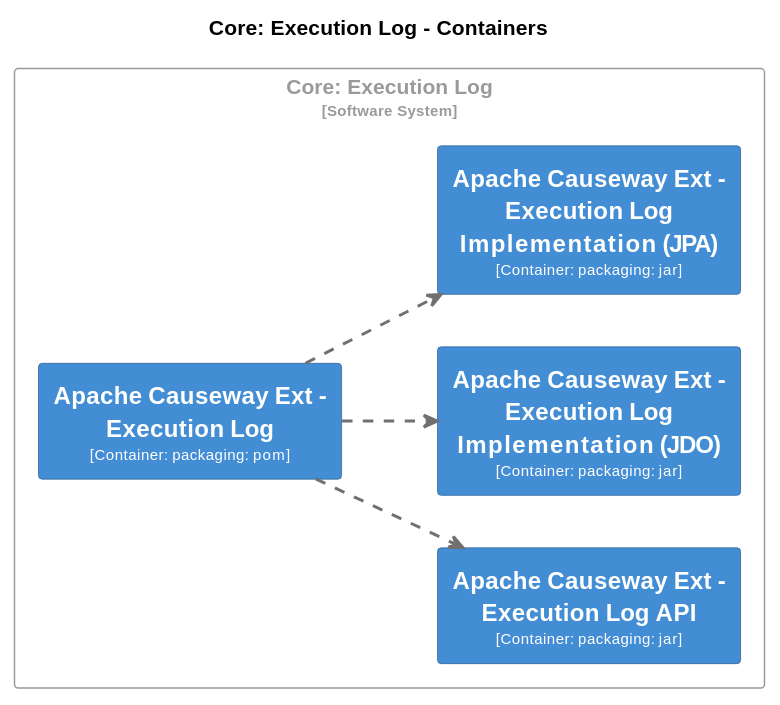
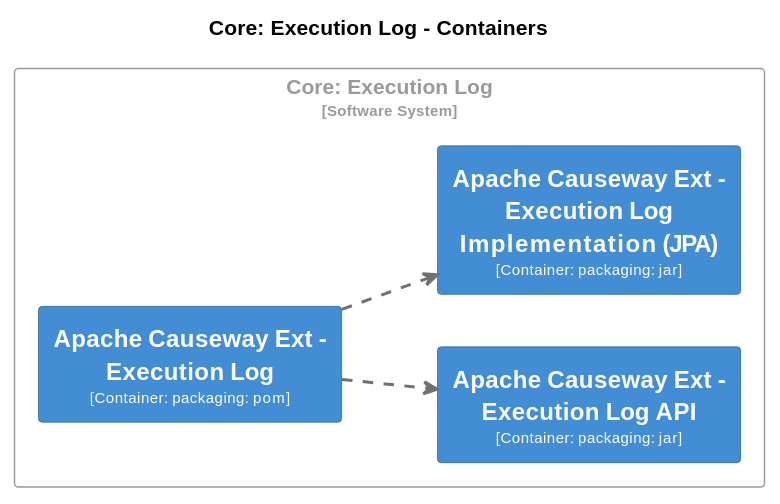
One commit to apache/causeway changed diagram 26 of 31 in core/adoc/modules/_overview/pages/about.adoc. Above: the diagram before and after it, drawn with PlantUML. The commit also changed other lines of this file and 186 other files, not shown here.

```diff
--- a/core/adoc/modules/_overview/pages/about.adoc
+++ b/core/adoc/modules/_overview/pages/about.adoc
@@ -5878,59 +5424,51 @@
 [plantuml,Core~ Execution Log,svg]
 ----
 @startuml
 set separator none
 title Core: Execution Log - Containers
 
 left to right direction
 
 skinparam {
   arrowFontSize 10
   defaultTextAlignment center
   wrapWidth 200
   maxMessageSize 100
 }
 
 hide stereotype
 
 skinparam rectangle<<CoreExecutionLog.ApacheCausewayExtExecutionLog>> {
   BackgroundColor #438dd5
   FontColor #fffffe
   BorderColor #2e6295
   shadowing false
 }
 skinparam rectangle<<CoreExecutionLog.ApacheCausewayExtExecutionLogAPI>> {
   BackgroundColor #438dd5
   FontColor #fffffe
   BorderColor #2e6295
   shadowing false
 }
-skinparam rectangle<<CoreExecutionLog.ApacheCausewayExtExecutionLogImplementationJDO>> {
-  BackgroundColor #438dd5
-  FontColor #fffffe
-  BorderColor #2e6295
-  shadowing false
-}
 skinparam rectangle<<CoreExecutionLog.ApacheCausewayExtExecutionLogImplementationJPA>> {
   BackgroundColor #438dd5
   FontColor #fffffe
   BorderColor #2e6295
   shadowing false
 }
 skinparam rectangle<<CoreExecutionLog>> {
   BorderColor #9a9a9a
   FontColor #9a9a9a
   shadowing false
 }
 
 rectangle "Core: Execution Log\n<size:10>[Software System]</size>" <<CoreExecutionLog>> {
   rectangle "==Apache Causeway Ext - Execution Log\n<size:10>[Container: packaging: pom]</size>" <<CoreExecutionLog.ApacheCausewayExtExecutionLog>> as CoreExecutionLog.ApacheCausewayExtExecutionLog
   rectangle "==Apache Causeway Ext - Execution Log API\n<size:10>[Container: packaging: jar]</size>" <<CoreExecutionLog.ApacheCausewayExtExecutionLogAPI>> as CoreExecutionLog.ApacheCausewayExtExecutionLogAPI
-  rectangle "==Apache Causeway Ext - Execution Log Implementation (JDO)\n<size:10>[Container: packaging: jar]</size>" <<CoreExecutionLog.ApacheCausewayExtExecutionLogImplementationJDO>> as CoreExecutionLog.ApacheCausewayExtExecutionLogImplementationJDO
   rectangle "==Apache Causeway Ext - Execution Log Implementation (JPA)\n<size:10>[Container: packaging: jar]</size>" <<CoreExecutionLog.ApacheCausewayExtExecutionLogImplementationJPA>> as CoreExecutionLog.ApacheCausewayExtExecutionLogImplementationJPA
 }
 
 CoreExecutionLog.ApacheCausewayExtExecutionLog .[#707070,thickness=2].> CoreExecutionLog.ApacheCausewayExtExecutionLogAPI : "<color:#707070>"
-CoreExecutionLog.ApacheCausewayExtExecutionLog .[#707070,thickness=2].> CoreExecutionLog.ApacheCausewayExtExecutionLogImplementationJDO : "<color:#707070>"
 CoreExecutionLog.ApacheCausewayExtExecutionLog .[#707070,thickness=2].> CoreExecutionLog.ApacheCausewayExtExecutionLogImplementationJPA : "<color:#707070>"
 @enduml
 ----
```
